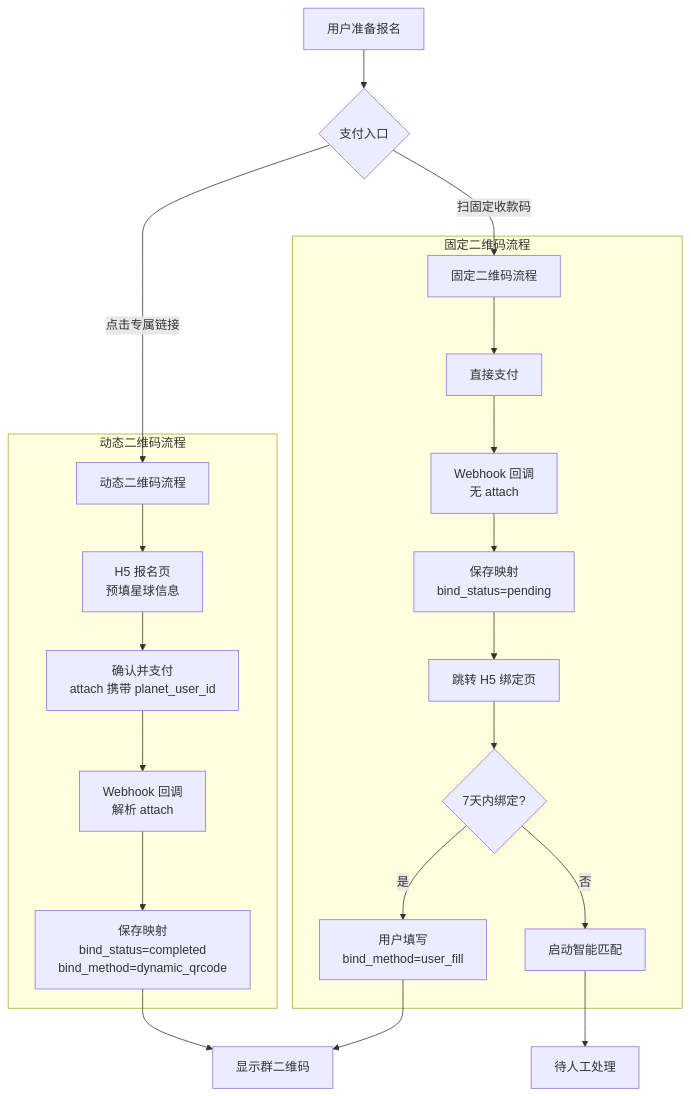
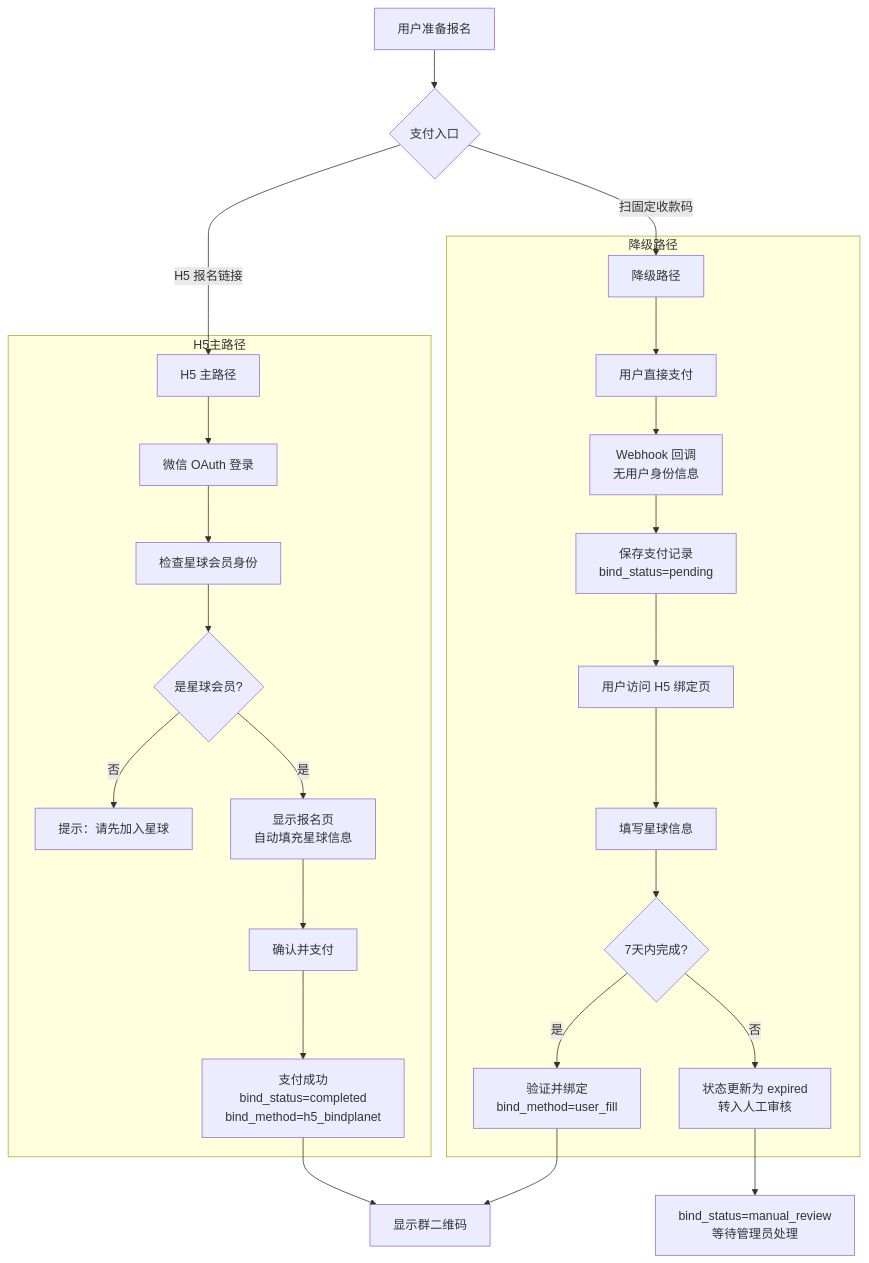
Before and after one commit to yiancode/AutoDepositRefundAgent: diagram 11 of 58 in docs/v1/技术方案.md, drawn with Mermaid. The commit also changed other lines of this file and 9 other files, not shown here.

````diff
--- a/docs/v1/技术方案.md
+++ b/docs/v1/技术方案.md
@@ -604,27 +713,31 @@
 ```mermaid
 flowchart TD
     A[用户准备报名] --> B{支付入口}
-    B -->|点击专属链接| C[动态二维码流程]
-    B -->|扫固定收款码| D[固定二维码流程]
+    B -->|H5 报名链接| C[H5 主路径]
+    B -->|扫固定收款码| D[降级路径]
 
-    subgraph 动态二维码流程
-        C --> C1[H5 报名页<br/>预填星球信息]
-        C1 --> C2[确认并支付<br/>attach 携带 planet_user_id]
-        C2 --> C3[Webhook 回调<br/>解析 attach]
-        C3 --> C4[保存映射<br/>bind_status=completed<br/>bind_method=dynamic_qrcode]
+    subgraph H5主路径
+        C --> C1[微信 OAuth 登录]
+        C1 --> C2[检查星球会员身份]
+        C2 --> C3{是星球会员?}
+        C3 -->|否| C4[提示：请先加入星球]
+        C3 -->|是| C5[显示报名页<br/>自动填充星球信息]
+        C5 --> C6[确认并支付]
+        C6 --> C7[支付成功<br/>bind_status=completed<br/>bind_method=h5_bindplanet]
     end
 
-    subgraph 固定二维码流程
-        D --> D1[直接支付]
-        D1 --> D2[Webhook 回调<br/>无 attach]
-        D2 --> D3[保存映射<br/>bind_status=pending]
-        D3 --> D4[跳转 H5 绑定页]
-        D4 --> D5{7天内绑定?}
-        D5 -->|是| D6[用户填写<br/>bind_method=user_fill]
-        D5 -->|否| D7[启动智能匹配]
+    subgraph 降级路径
+        D --> D1[用户直接支付]
+        D1 --> D2[Webhook 回调<br/>无用户身份信息]
+        D2 --> D3[保存支付记录<br/>bind_status=pending]
+        D3 --> D4[用户访问 H5 绑定页]
+        D4 --> D5[填写星球信息]
+        D5 --> D6{7天内完成?}
+        D6 -->|是| D7[验证并绑定<br/>bind_method=user_fill]
+        D6 -->|否| D8[状态更新为 expired<br/>转入人工审核]
     end
 
-    C4 --> E[显示群二维码]
-    D6 --> E
-    D7 --> F[待人工处理]
+    C7 --> E[显示群二维码]
+    D7 --> E
+    D8 --> F[bind_status=manual_review<br/>等待管理员处理]
 ```
````
